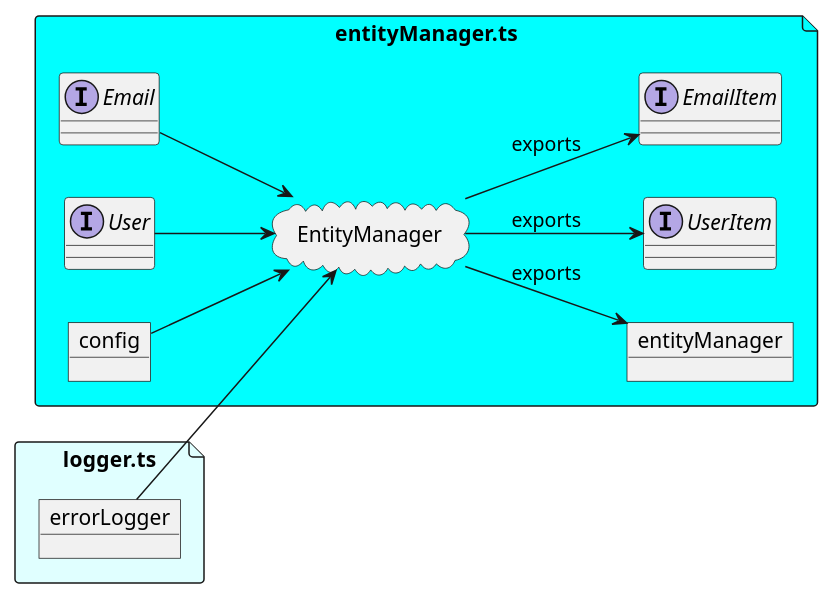
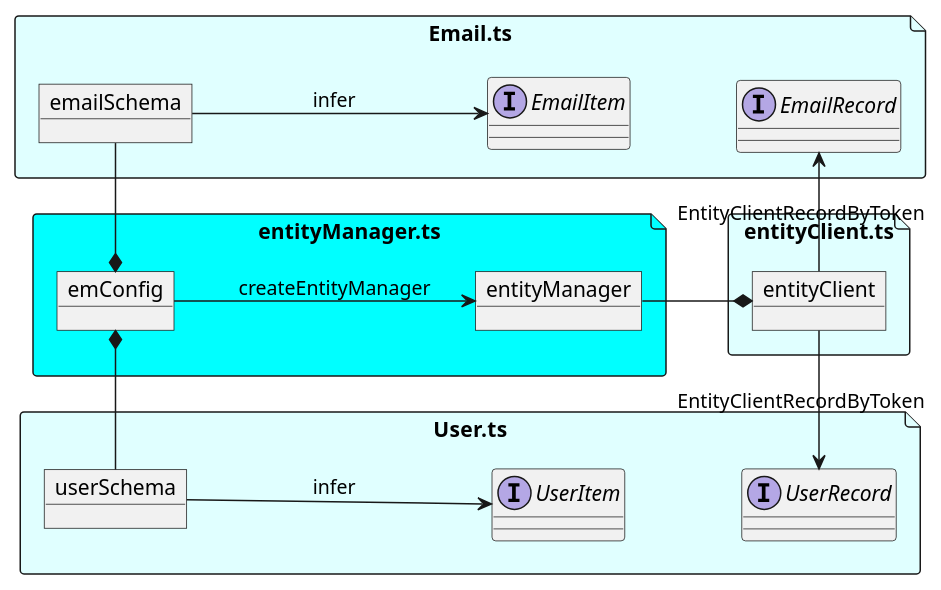
The diagram in diagrams/entityManager.pu (karmaniverous/entity-manager-demo), drawn with PlantUML before and after one commit. The commit also changed 8 other files, not shown here.

```diff
--- a/diagrams/entityManager.pu
+++ b/diagrams/entityManager.pu
@@ -1,34 +1,44 @@
 @startuml entityManager
-
-allowmixing
 
 left to right direction
 
-file "logger.ts" as loggerTs #LightCyan {
-    object errorLogger
+file "entityClient.ts" as entityClientTs #LightCyan {
+    object entityClient
+}
+
+file "User.ts" as UserTs #LightCyan {
+    object userSchema
+    interface UserItem
+    interface UserRecord
+
+    userSchema --> UserItem: infer
+    UserItem -[hidden]-> UserRecord
+
+    UserRecord <- entityClient : EntityClientRecordByToken
+}
+
+file "Email.ts" as EmailTs #LightCyan {
+    object emailSchema
+    interface EmailItem
+    interface EmailRecord
+
+    emailSchema --> EmailItem  : infer
+    EmailItem -[hidden]-> EmailRecord
+
+    EmailRecord <- entityClient : EntityClientRecordByToken
 }
 
 file "entityManager.ts" as entityManagerTs #Cyan {
-    interface Email
-    interface User
-    object config
-    cloud EntityManager
+    object emConfig
 
-    Email --> EntityManager
-    User --> EntityManager
-    config --> EntityManager
-    errorLogger --> EntityManager
+    userSchema -* emConfig
+    emailSchema -* emConfig
 
-    interface EmailItem
-    interface UserItem
     object entityManager
 
-    EntityManager --> EmailItem: exports
-    EntityManager --> UserItem: exports
-    EntityManager --> entityManager: exports
-
-    UserItem -[hidden] EmailItem
-    entityManager -[hidden] UserItem
+    emConfig --> entityManager: createEntityManager
 }
 
+entityManager --* entityClient
+
 @enduml
```
